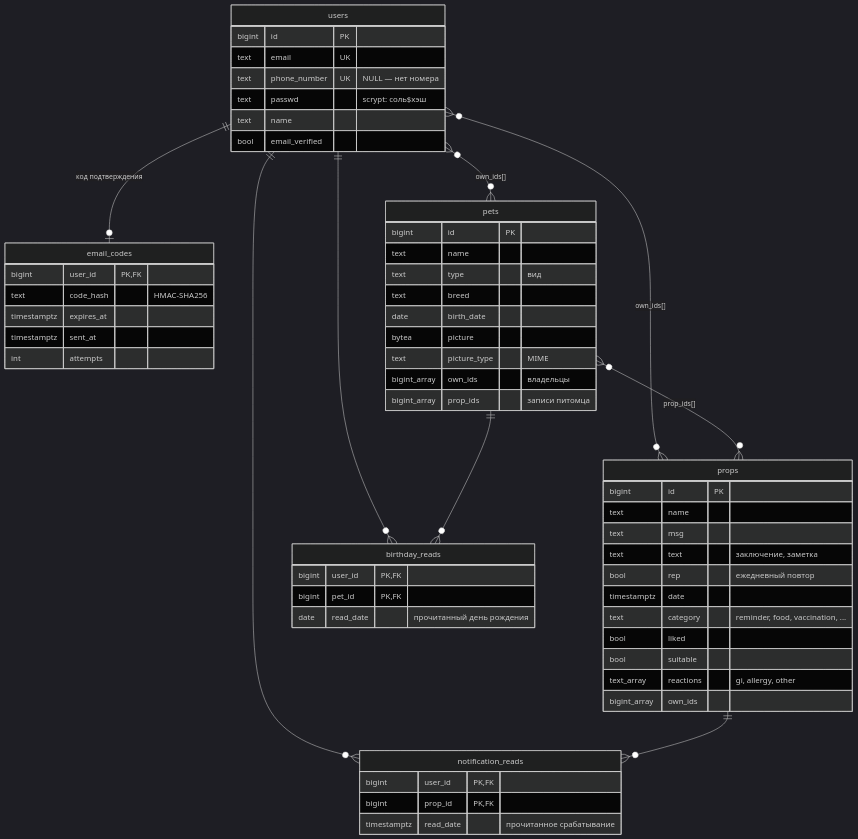
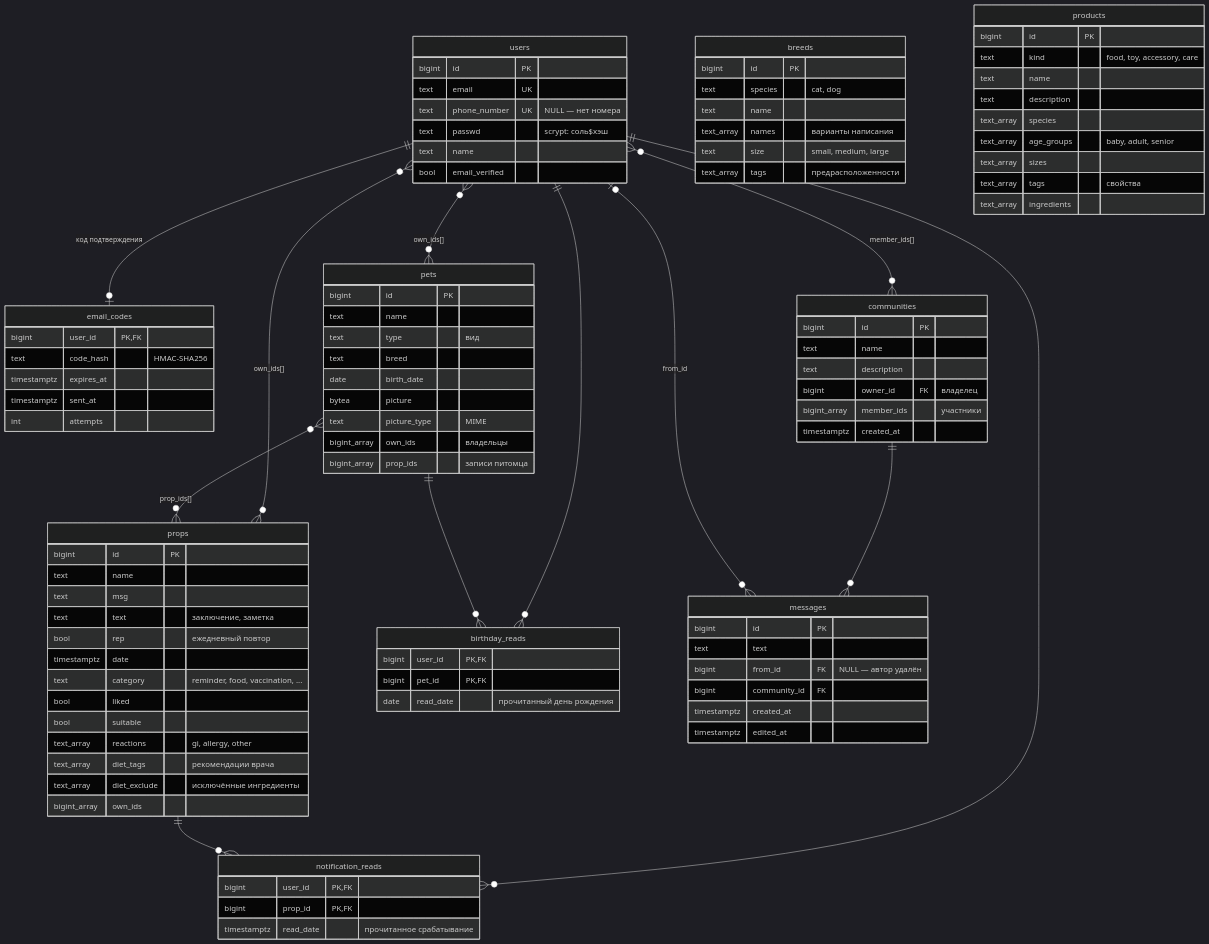
One commit to sigizmund993/prod-petCare changed the third of 7 diagrams in ARCHITECTURE.md. Above: the diagram before and after it, drawn with Mermaid (dark theme). The commit also changed other lines of this file and 27 other files, not shown here.

Commit message:
community: open communities with members and messages

````diff
--- a/ARCHITECTURE.md
+++ b/ARCHITECTURE.md
@@ -151,6 +156,9 @@
     props ||--o{ notification_reads : ""
     users ||--o{ birthday_reads : ""
     pets ||--o{ birthday_reads : ""
+    users }o--o{ communities : "member_ids[]"
+    communities ||--o{ messages : ""
+    users |o--o{ messages : "from_id"
 
     users {
         bigint id PK
@@ -189,7 +197,28 @@
         bool liked
         bool suitable
         text_array reactions "gi, allergy, other"
+        text_array diet_tags "рекомендации врача"
+        text_array diet_exclude "исключённые ингредиенты"
         bigint_array own_ids
+    }
+    breeds {
+        bigint id PK
+        text species "cat, dog"
+        text name
+        text_array names "варианты написания"
+        text size "small, medium, large"
+        text_array tags "предрасположенности"
+    }
+    products {
+        bigint id PK
+        text kind "food, toy, accessory, care"
+        text name
+        text description
+        text_array species
+        text_array age_groups "baby, adult, senior"
+        text_array sizes
+        text_array tags "свойства"
+        text_array ingredients
     }
     notification_reads {
         bigint user_id PK,FK
@@ -201,4 +230,20 @@
         bigint pet_id PK,FK
         date read_date "прочитанный день рождения"
     }
+    communities {
+        bigint id PK
+        text name
+        text description
+        bigint owner_id FK "владелец"
+        bigint_array member_ids "участники"
+        timestamptz created_at
+    }
+    messages {
+        bigint id PK
+        text text
+        bigint from_id FK "NULL — автор удалён"
+        bigint community_id FK
+        timestamptz created_at
+        timestamptz edited_at
+    }
 ```
````
